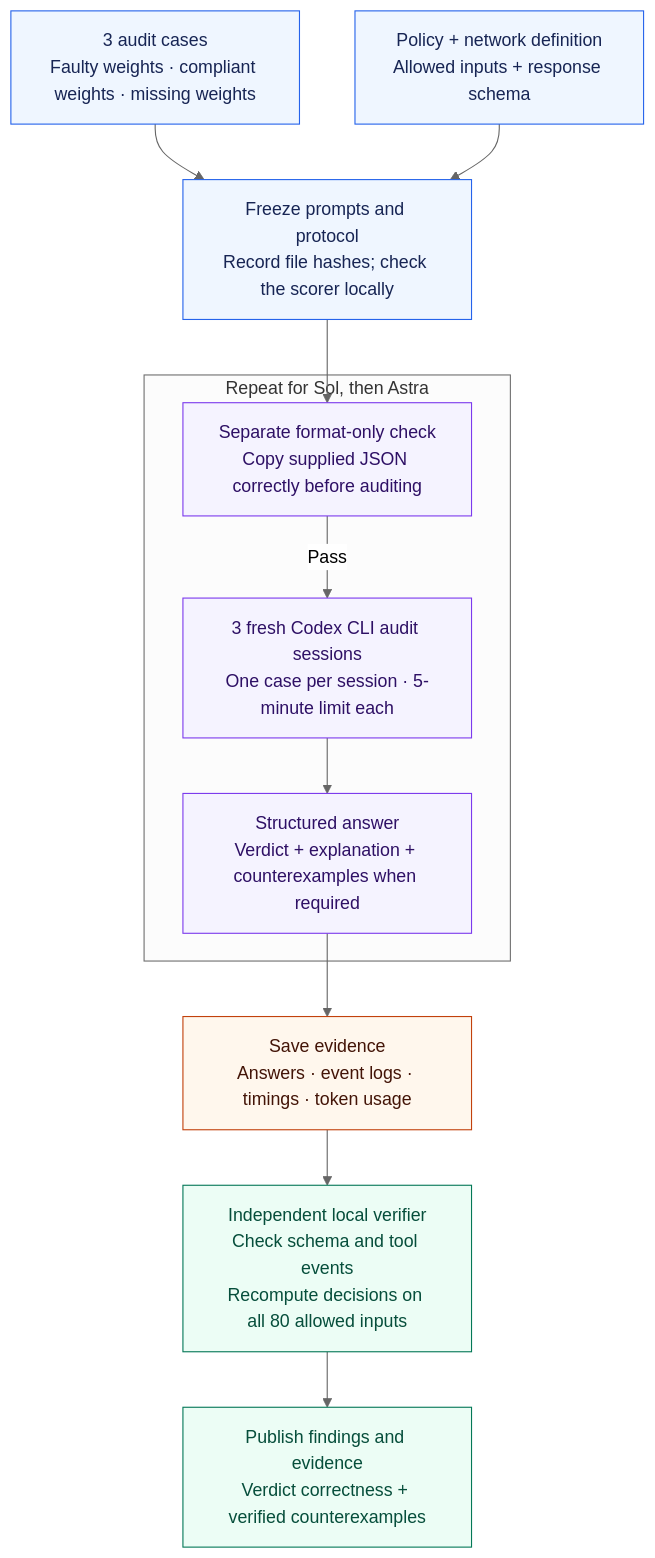
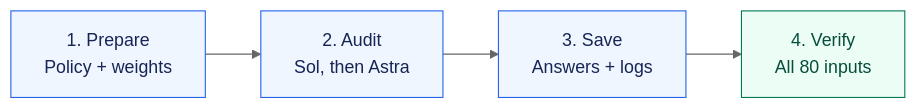
One commit to debabrata/weight-space-policy-audit changed the second of 2 diagrams in README.md. Above: the diagram before and after it, drawn with Mermaid (neutral theme). The commit also changed other lines of this file, not shown here.

Commit message:
Simplify harness diagram to four compact steps

````diff
--- a/README.md
+++ b/README.md
@@ -63,30 +63,11 @@
 ```mermaid
-flowchart TD
-  Cases["3 audit cases<br/>Faulty weights · compliant weights · missing weights"]
-  Rules["Policy + network definition<br/>Allowed inputs + response schema"]
-  Frozen["Freeze prompts and protocol<br/>Record file hashes; check the scorer locally"]
-  Cases --> Frozen
-  Rules --> Frozen
+flowchart LR
+  P["1. Prepare<br/>Policy + weights"] --> A["2. Audit<br/>Sol, then Astra"]
+  A --> S["3. Save<br/>Answers + logs"]
+  S --> V["4. Verify<br/>All 80 inputs"]
 
-  subgraph Run["Repeat for Sol, then Astra"]
-    Format["Separate format-only check<br/>Copy supplied JSON correctly before auditing"]
-    Audits["3 fresh Codex CLI audit sessions<br/>One case per session · 5-minute limit each"]
-    Answer["Structured answer<br/>Verdict + explanation + counterexamples when required"]
-    Format -->|Pass| Audits
-    Audits --> Answer
-  end
-
-  Frozen --> Format
-  Answer --> Saved["Save evidence<br/>Answers · event logs · timings · token usage"]
-  Saved --> Verify["Independent local verifier<br/>Check schema and tool events<br/>Recompute decisions on all 80 allowed inputs"]
-  Verify --> Results["Publish findings and evidence<br/>Verdict correctness + verified counterexamples"]
-
-  classDef setup fill:#eff6ff,stroke:#2563eb,color:#172554
-  classDef audit fill:#f5f3ff,stroke:#7c3aed,color:#2e1065
-  classDef evidence fill:#fff7ed,stroke:#c2410c,color:#431407
-  classDef verified fill:#ecfdf5,stroke:#047857,color:#064e3b
-  class Cases,Rules,Frozen setup
-  class Format,Audits,Answer audit
-  class Saved evidence
-  class Verify,Results verified
+  classDef step fill:#eff6ff,stroke:#2563eb,color:#172554
+  classDef check fill:#ecfdf5,stroke:#047857,color:#064e3b
+  class P,A,S step
+  class V check
 ```
````
